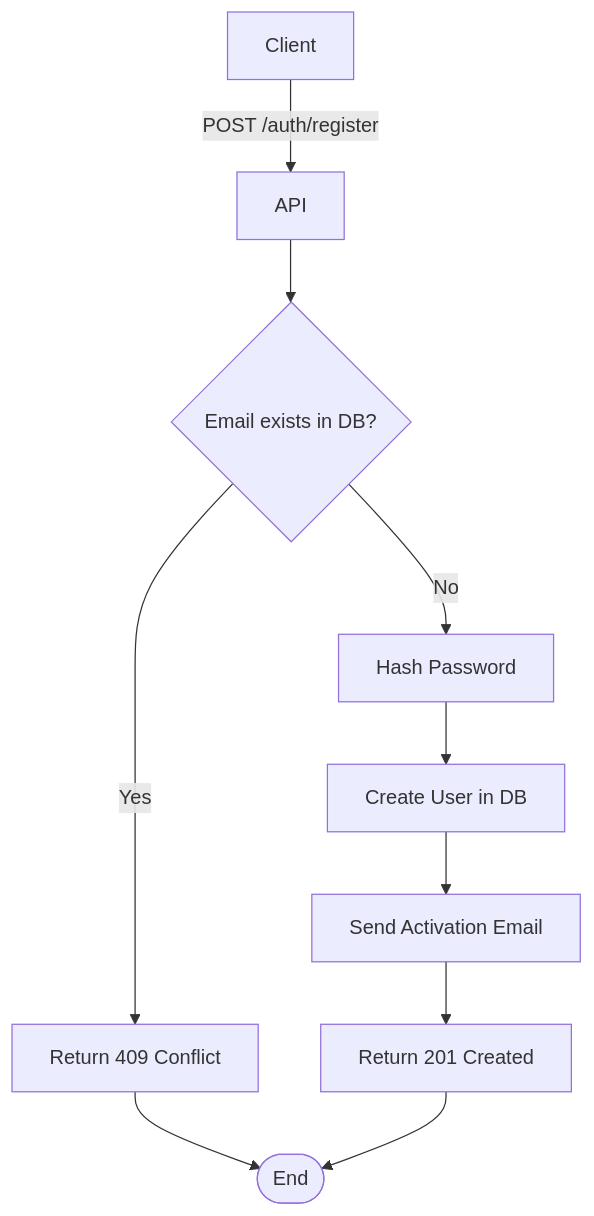
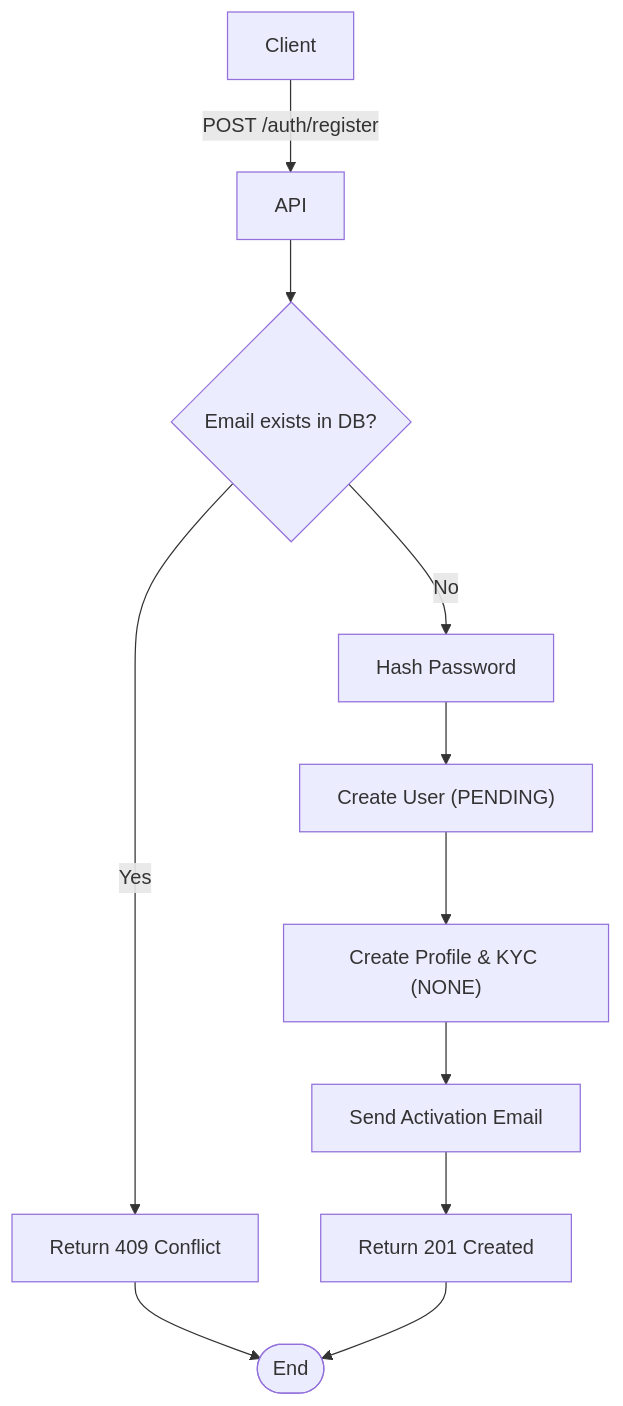
Before and after one commit to leandroluk/investor: the diagram in apps/doc/src/content/api/auth/register-user.mdx, drawn with Mermaid. The commit also changed other lines of this file and 108 other files, not shown here.

````diff
--- a/apps/doc/src/content/api/auth/register-user.mdx
+++ b/apps/doc/src/content/api/auth/register-user.mdx
@@ -31,12 +33,13 @@
 ```mermaid
 flowchart TD
     A["Client"] -- "POST /auth/register" --> B["API"]
     B --> C{"Email exists in DB?"}
     C -- "Yes" --> D["Return 409 Conflict"]
     D --> End([End])
     C -- "No" --> E["Hash Password"]
-    E --> F["Create User in DB"]
-    F --> G["Send Activation Email"]
-    G --> H["Return 201 Created"]
-    H --> End
+    E --> F["Create User (PENDING)"]
+    F --> G["Create Profile & KYC (NONE)"]
+    G --> H["Send Activation Email"]
+    H --> I["Return 201 Created"]
+    I --> End
 ```
````
